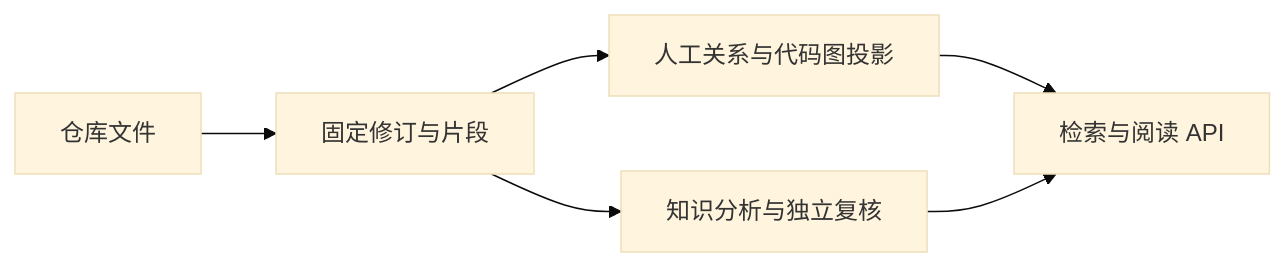
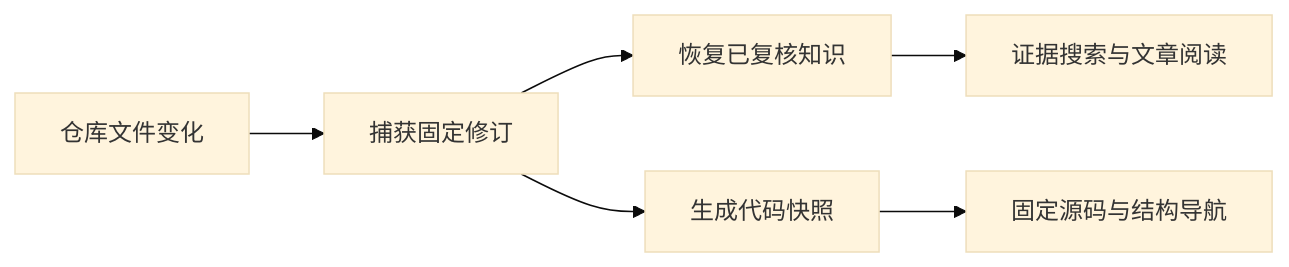
One commit to lejunyang/omem changed the diagram in .repo-review/knowledge/articles/1d40b7d26d0e45f48020a86c0a04e64e7c23827274441b6e238dee9f39308cd0.md. Above: the diagram before and after it, drawn with Mermaid (base theme). The commit also changed other lines of this file and 233 other files, not shown here.

````diff
--- a/.repo-review/knowledge/articles/1d40b7d26d0e45f48020a86c0a04e64e7c23827274441b6e238dee9f39308cd0.md
+++ b/.repo-review/knowledge/articles/1d40b7d26d0e45f48020a86c0a04e64e7c23827274441b6e238dee9f39308cd0.md
@@ -17,8 +17,8 @@
 ```mermaid
 flowchart LR
-  A[仓库文件] --> B[固定修订与片段]
-  B --> C[人工关系与代码图投影]
-  B --> D[知识分析与独立复核]
-  C --> E[检索与阅读 API]
-  D --> E
+  A[仓库文件变化] --> B[捕获固定修订]
+  B --> C[恢复已复核知识]
+  B --> D[生成代码快照]
+  C --> E[证据搜索与文章阅读]
+  D --> F[固定源码与结构导航]
 ```
````
